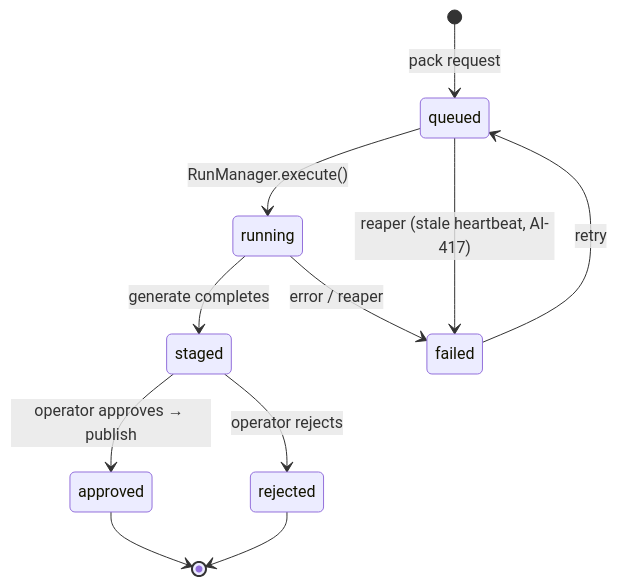
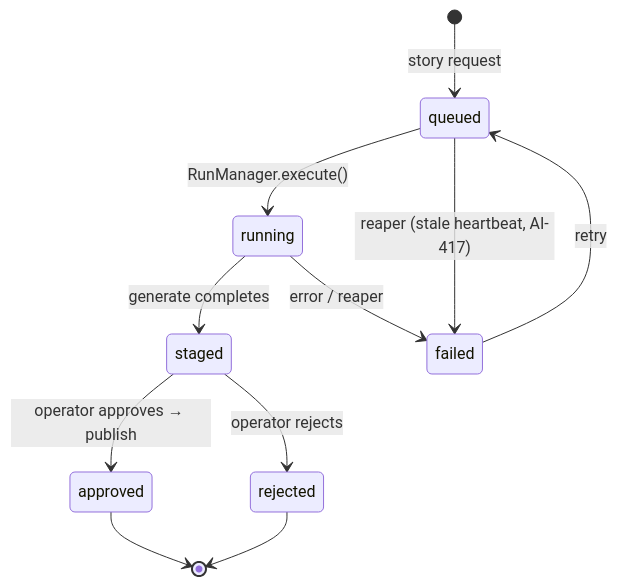
Before and after one commit to darth-dodo/cantastorie: the seventh of 7 diagrams in docs/system-overview.md, drawn with Mermaid. The commit also changed other lines of this file and 44 other files, not shown here.

````diff
--- a/docs/system-overview.md
+++ b/docs/system-overview.md
@@ -250,13 +252,13 @@
 ```mermaid
 stateDiagram-v2
-    [*] --> queued: pack request
+    [*] --> queued: story request
     queued --> running: RunManager.execute()
     queued --> failed: reaper (stale heartbeat, AI-417)
     running --> staged: generate completes
     running --> failed: error / reaper
     failed --> queued: retry
     staged --> approved: operator approves → publish
     staged --> rejected: operator rejects
     approved --> [*]
     rejected --> [*]
 ```
````
